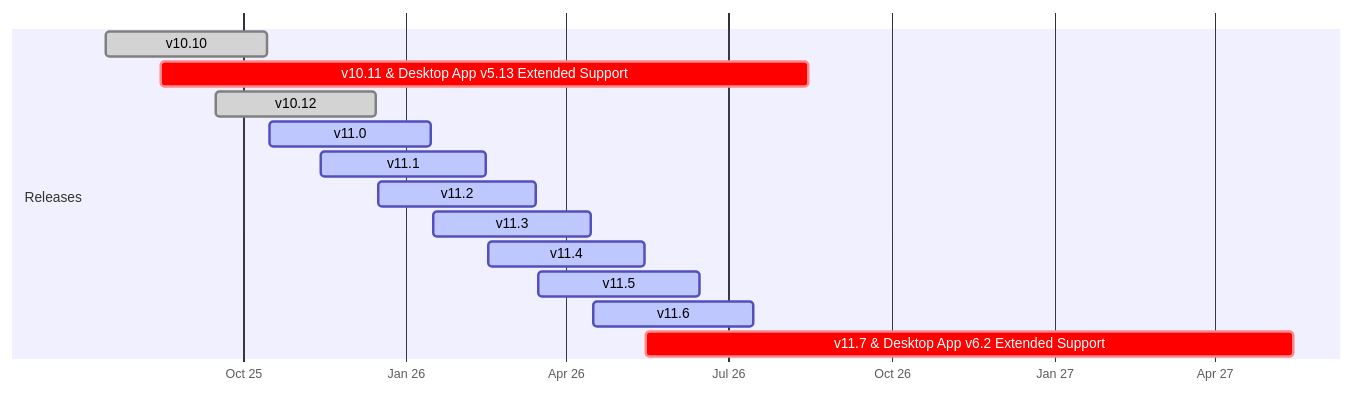
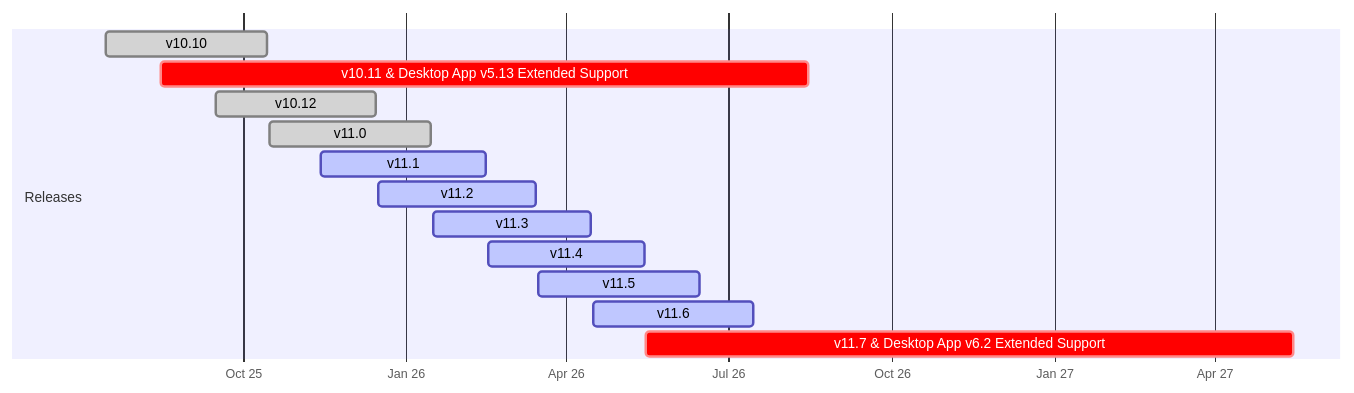
One commit to mattermost/docs changed the diagram in source/product-overview/release-policy.md. Above: the diagram before and after it, drawn with Mermaid.

````diff
--- a/source/product-overview/release-policy.md
+++ b/source/product-overview/release-policy.md
@@ -44,19 +44,19 @@
 ```{mermaid}
 
 gantt
     dateFormat  YYYY-MM-DD
     axisFormat  %b %y
 
     section Releases
     v10.10                 :done, 2025-07-16, 2025-10-15
     v10.11 & Desktop App v5.13 Extended Support :crit,    2025-08-16, 2026-08-15
     v10.12                 :done, 2025-09-16, 2025-12-15
-    v11.0                  :active, 2025-10-16, 2026-01-15
+    v11.0                  :done, 2025-10-16, 2026-01-15
     v11.1                  :active, 2025-11-14, 2026-02-15
     v11.2                  :active, 2025-12-16, 2026-03-15
     v11.3                  :active, 2026-01-16, 2026-04-15
     v11.4                  :active, 2026-02-16, 2026-05-15
     v11.5                  :active, 2026-03-16, 2026-06-15
     v11.6                  :active, 2026-04-16, 2026-07-15
     v11.7 & Desktop App v6.2 Extended Support :crit,    2026-05-16, 2027-05-15
 ```
````
